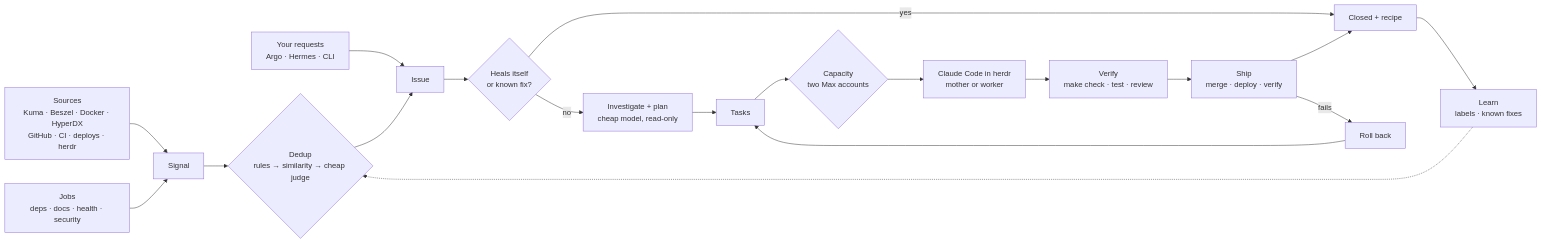
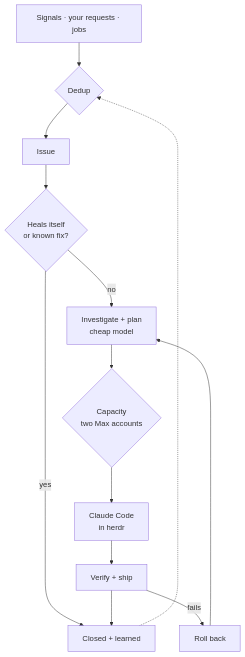
Before and after one commit to jkrumm/dotfiles: the diagram in docs/factory/tdd/01-verdict.md, drawn with Mermaid. The commit also changed other lines of this file and 46 other files, not shown here.

````diff
--- a/docs/factory/tdd/01-verdict.md
+++ b/docs/factory/tdd/01-verdict.md
@@ -14,20 +13,14 @@
 ```mermaid
-flowchart LR
-  S[Sources<br/>Kuma · Beszel · Docker · HyperDX<br/>GitHub · CI · deploys · herdr] --> SIG[Signal]
-  R[Your requests<br/>Argo · Hermes · CLI] --> ISS
-  J[Jobs<br/>deps · docs · health · security] --> SIG
-  SIG --> D{Dedup<br/>rules → similarity → cheap judge}
-  D --> ISS[Issue]
-  ISS --> H{Heals itself<br/>or known fix?}
-  H -- yes --> CL[Closed + recipe]
-  H -- no --> INV[Investigate + plan<br/>cheap model, read-only]
-  INV --> T[Tasks]
-  T --> Q{Capacity<br/>two Max accounts}
-  Q --> CC[Claude Code in herdr<br/>mother or worker]
-  CC --> V[Verify<br/>make check · test · review]
-  V --> SH[Ship<br/>merge · deploy · verify]
-  SH -- fails --> RB[Roll back] --> T
-  SH --> CL
-  CL --> L[Learn<br/>labels · known fixes]
+flowchart TB
+  IN[Signals · your requests · jobs] --> D{Dedup}
+  D --> I[Issue]
+  I --> H{Heals itself<br/>or known fix?}
+  H -- yes --> L[Closed + learned]
+  H -- no --> P[Investigate + plan<br/>cheap model]
+  P --> Q{Capacity<br/>two Max accounts}
+  Q --> C[Claude Code<br/>in herdr]
+  C --> V[Verify + ship]
+  V --> L
+  V -- fails --> R[Roll back] --> P
   L -.-> D
 ```
````
